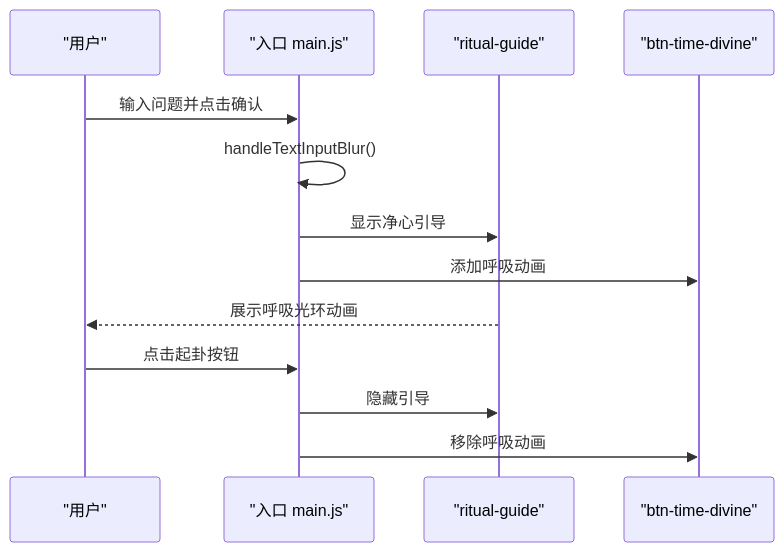
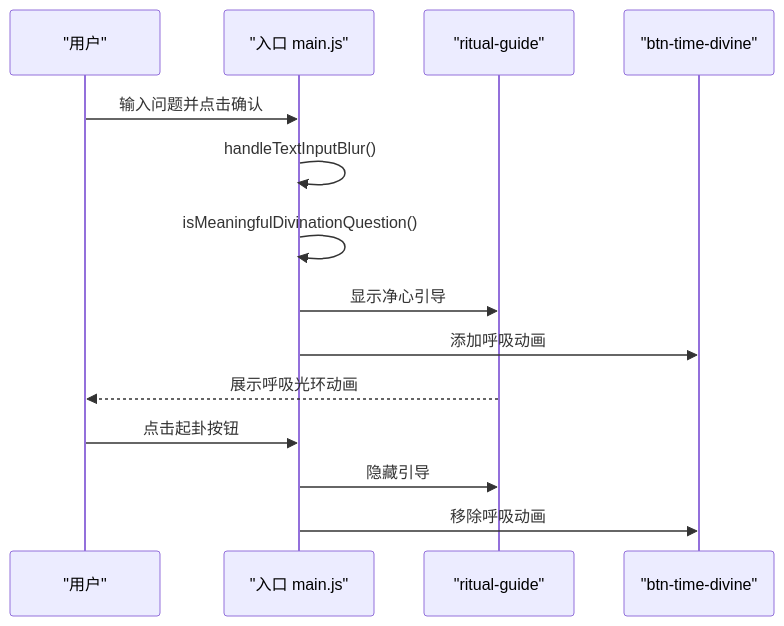
Before and after one commit to ghg618-ui/meihuayili-3.8: the fifth of 9 diagrams in .qoder/repowiki/zh/content/用户界面/用户界面.md, drawn with Mermaid. The commit also changed other lines of this file and 4 other files, not shown here.

````diff
--- a/.qoder/repowiki/zh/content/用户界面/用户界面.md
+++ b/.qoder/repowiki/zh/content/用户界面/用户界面.md
@@ -194,15 +251,16 @@
 ```mermaid
 sequenceDiagram
 participant U as "用户"
 participant M as "入口 main.js"
 participant R as "ritual-guide"
 participant B as "btn-time-divine"
 U->>M : 输入问题并点击确认
 M->>M : handleTextInputBlur()
+M->>M : isMeaningfulDivinationQuestion()
 M->>R : 显示净心引导
 M->>B : 添加呼吸动画
 R-->>U : 展示呼吸光环动画
 U->>M : 点击起卦按钮
 M->>R : 隐藏引导
 M->>B : 移除呼吸动画
 ```
````
